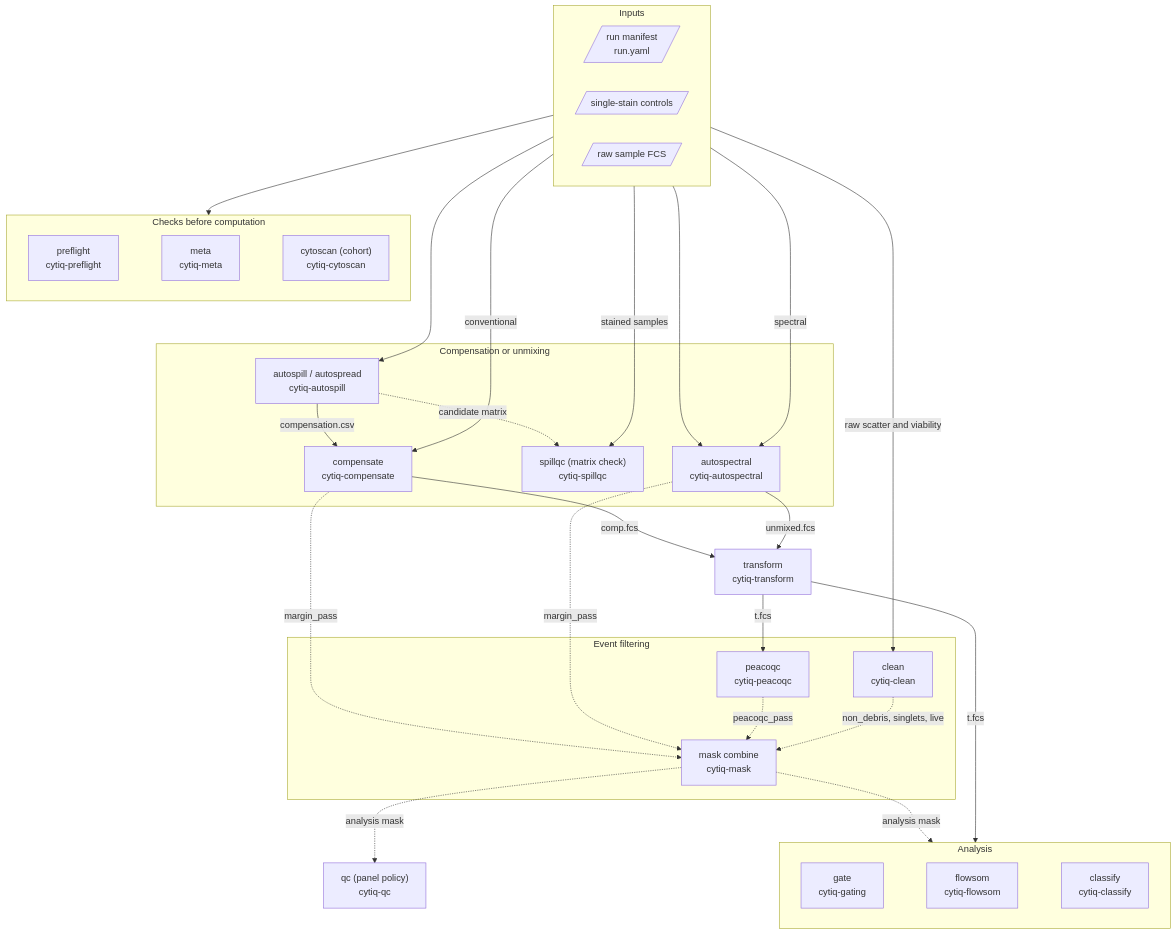
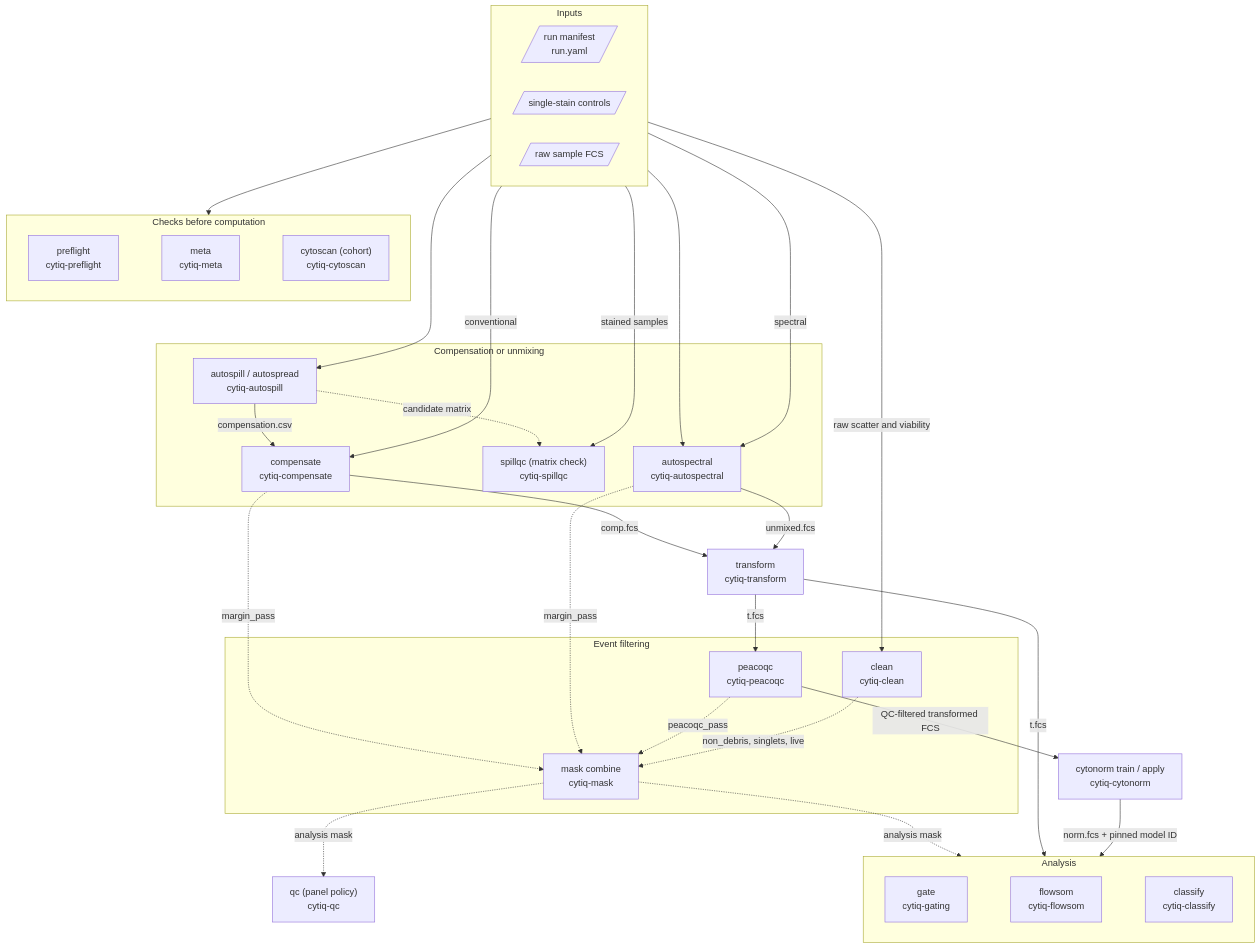
The diagram in README.md (cytiq/cytiq-cli), drawn with Mermaid before and after one commit. The commit also changed other lines of this file and 46 other files, not shown here.

````diff
--- a/README.md
+++ b/README.md
@@ -11,67 +11,70 @@
 ```mermaid
 flowchart TB
     subgraph inputs["Inputs"]
         direction LR
         manifest[/"run manifest<br/>run.yaml"/]
         controls[/"single-stain controls"/]
         raw[/"raw sample FCS"/]
     end
 
     subgraph checks["Checks before computation"]
         direction LR
         preflight["preflight<br/>cytiq-preflight"]
         meta["meta<br/>cytiq-meta"]
         cytoscan["cytoscan (cohort)<br/>cytiq-cytoscan"]
     end
 
     subgraph signal["Compensation or unmixing"]
         autospill["autospill / autospread<br/>cytiq-autospill"]
         compensate["compensate<br/>cytiq-compensate"]
         spillqc["spillqc (matrix check)<br/>cytiq-spillqc"]
         autospectral["autospectral<br/>cytiq-autospectral"]
     end
 
     transform["transform<br/>cytiq-transform"]
 
     subgraph events["Event filtering"]
         peacoqc["peacoqc<br/>cytiq-peacoqc"]
         clean["clean<br/>cytiq-clean"]
         combine["mask combine<br/>cytiq-mask"]
     end
 
     qc["qc (panel policy)<br/>cytiq-qc"]
+    cytonorm["cytonorm train / apply<br/>cytiq-cytonorm"]
 
     subgraph analysis["Analysis"]
         direction LR
         gate["gate<br/>cytiq-gating"]
         flowsom["flowsom<br/>cytiq-flowsom"]
         classify["classify<br/>cytiq-classify"]
     end
 
     inputs --> checks
     checks ~~~ signal
     preflight ~~~ meta ~~~ cytoscan
     gate ~~~ flowsom ~~~ classify
 
     controls --> autospill
     autospill -->|"compensation.csv"| compensate
     raw -->|"conventional"| compensate
     raw -->|"stained samples"| spillqc
     autospill -.->|"candidate matrix"| spillqc
     controls --> autospectral
     raw -->|"spectral"| autospectral
 
     compensate -->|"comp.fcs"| transform
     autospectral -->|"unmixed.fcs"| transform
     transform -->|"t.fcs"| peacoqc
     raw -->|"raw scatter and viability"| clean
 
     compensate -.->|"margin_pass"| combine
     autospectral -.->|"margin_pass"| combine
     peacoqc -.->|"peacoqc_pass"| combine
     clean -.->|"non_debris, singlets, live"| combine
 
     combine -.->|"analysis mask"| qc
     combine -.->|"analysis mask"| analysis
     transform -->|"t.fcs"| analysis
+    peacoqc -->|"QC-filtered transformed FCS"| cytonorm
+    cytonorm -->|"norm.fcs + pinned model ID"| analysis
 ```
````
